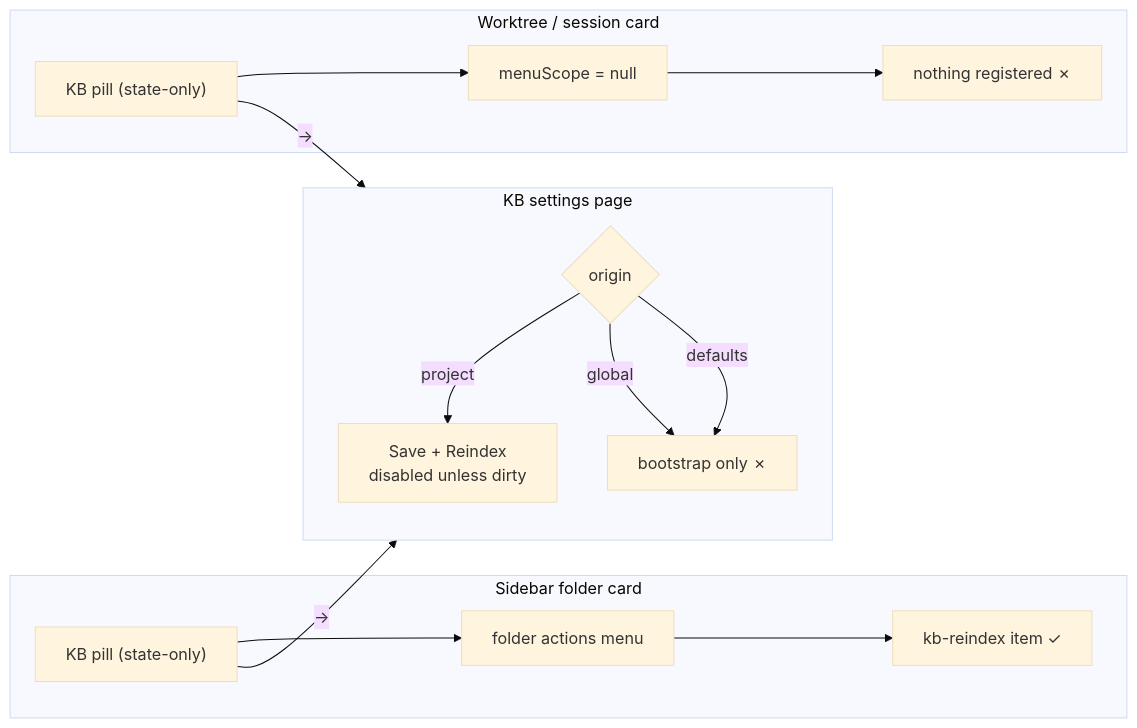
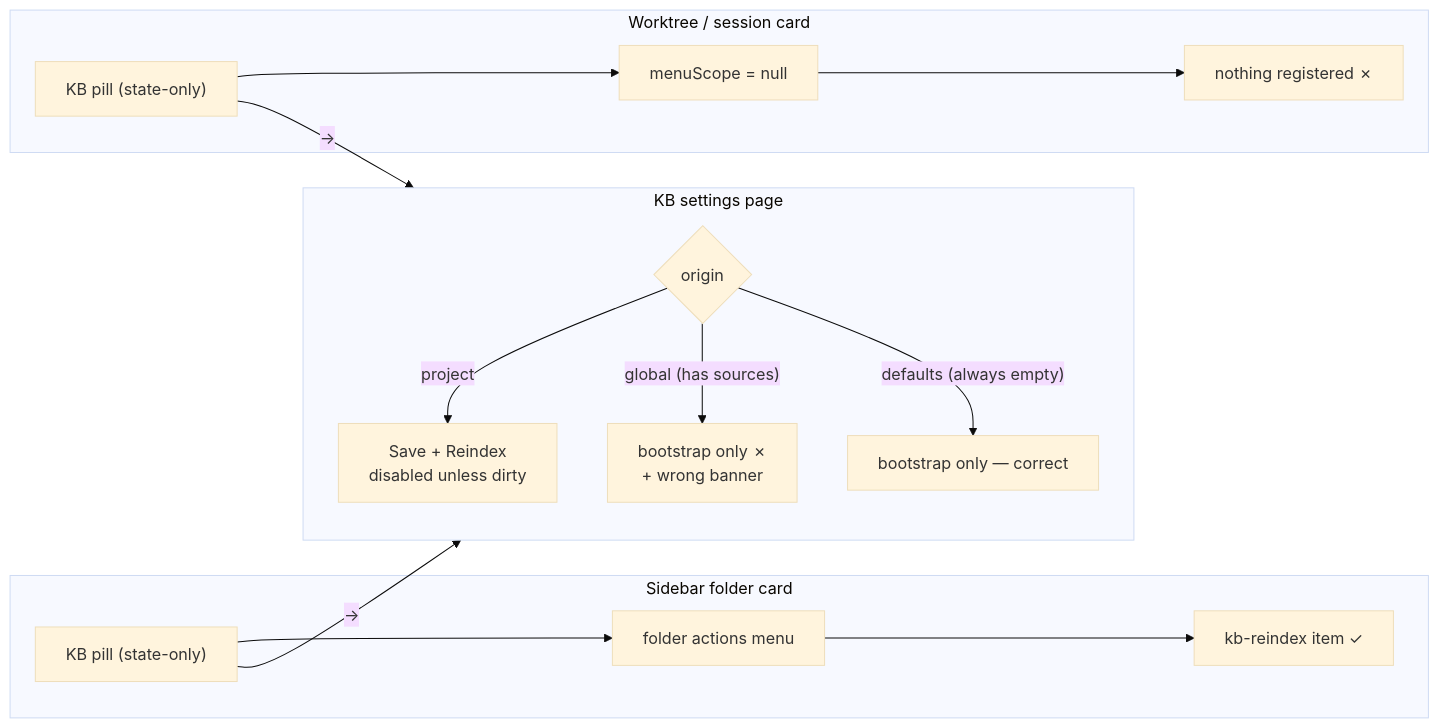
The diagram in openspec/changes/fix-kb-settings-reindex-gate/design.md (BlackBeltTechnology/pi-agent-dashboard), drawn with Mermaid (base theme) before and after one commit. The commit also changed other lines of this file and 4 other files, not shown here.

````diff
--- a/openspec/changes/fix-kb-settings-reindex-gate/design.md
+++ b/openspec/changes/fix-kb-settings-reindex-gate/design.md
@@ -12,18 +14,18 @@
 ```mermaid
 flowchart LR
     subgraph sidebar["Sidebar folder card"]
         S1["KB pill (state-only)"] --> S2["folder actions menu"]
         S2 --> S3["kb-reindex item ✓"]
     end
     subgraph card["Worktree / session card"]
         C1["KB pill (state-only)"] --> C2["menuScope = null"]
         C2 --> C3["nothing registered ✗"]
     end
     subgraph panel["KB settings page"]
         P1{"origin"} -->|project| P2["Save + Reindex<br/>disabled unless dirty"]
-        P1 -->|global| P3["bootstrap only ✗"]
-        P1 -->|defaults| P3
+        P1 -->|"global (has sources)"| P3["bootstrap only ✗<br/>+ wrong banner"]
+        P1 -->|"defaults (always empty)"| P4["bootstrap only — correct"]
     end
     S1 -->|"→"| panel
     C1 -->|"→"| panel
 ```
````
